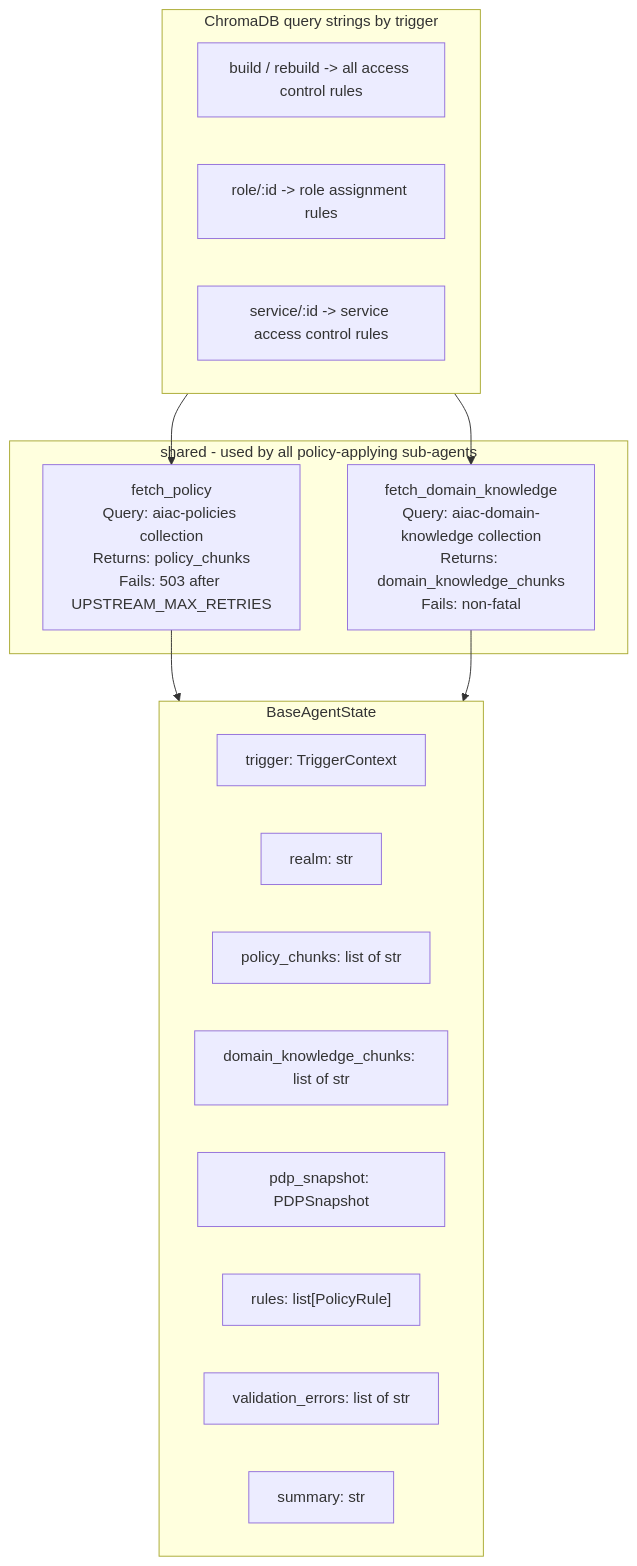
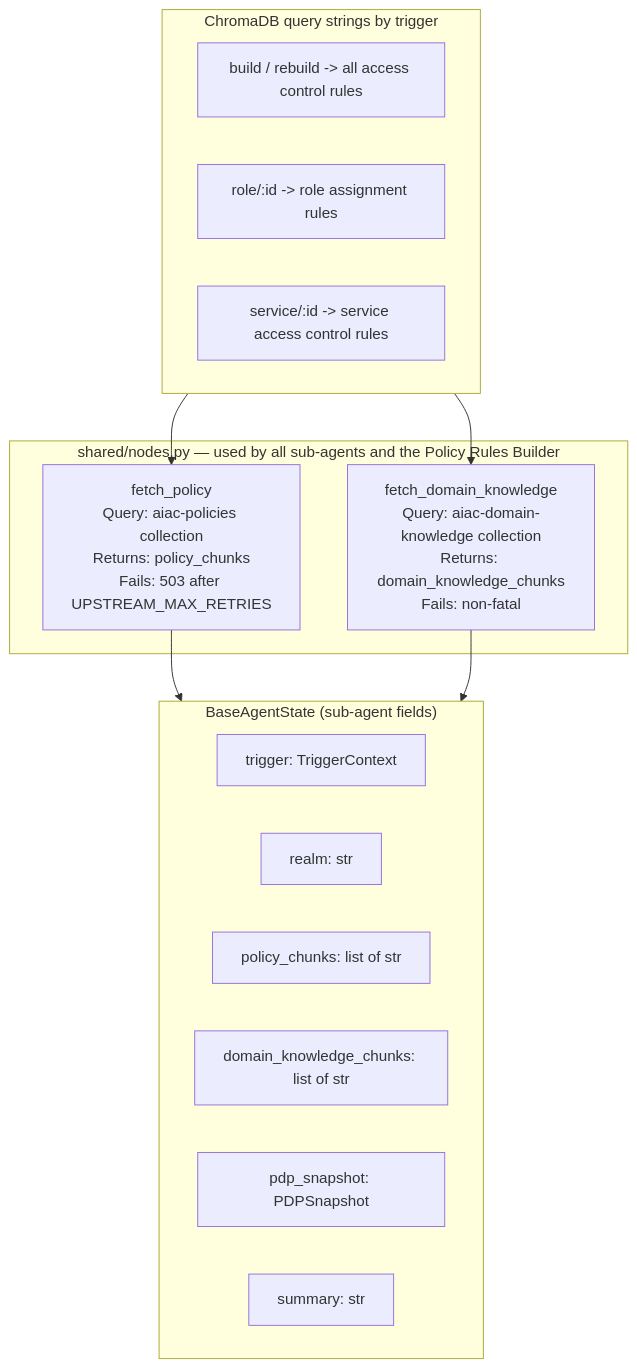
Before and after one commit to rossoctl/aiac: the second of 3 diagrams in inception/requirements/components/aiac-agent.md, drawn with Mermaid. The commit also changed other lines of this file, not shown here.

First line of the commit message:
docs(aiac-agent): align PRD with Policy Rules Builder architecture

````diff
--- a/inception/requirements/components/aiac-agent.md
+++ b/inception/requirements/components/aiac-agent.md
@@ -133,28 +136,26 @@
 ```mermaid
 flowchart TD
-    subgraph SHARED["shared - used by all policy-applying sub-agents"]
+    subgraph SHARED["shared/nodes.py — used by all sub-agents and the Policy Rules Builder"]
         FP["fetch_policy\nQuery: aiac-policies collection\nReturns: policy_chunks\nFails: 503 after UPSTREAM_MAX_RETRIES"]
         FDK["fetch_domain_knowledge\nQuery: aiac-domain-knowledge collection\nReturns: domain_knowledge_chunks\nFails: non-fatal"]
     end
 
-    subgraph STATE["BaseAgentState"]
+    subgraph STATE["BaseAgentState (sub-agent fields)"]
         S1["trigger: TriggerContext"]
         S2["realm: str"]
         S3["policy_chunks: list of str"]
         S4["domain_knowledge_chunks: list of str"]
         S5["pdp_snapshot: PDPSnapshot"]
-        S6["rules: list[PolicyRule]"]
-        S7["validation_errors: list of str"]
         S8["summary: str"]
     end
 
     subgraph QUERY_KEYS["ChromaDB query strings by trigger"]
         Q1["build / rebuild -> all access control rules"]
         Q2["role/:id -> role assignment rules"]
         Q3["service/:id -> service access control rules"]
     end
 
     FP & FDK --> STATE
     QUERY_KEYS --> FP
     QUERY_KEYS --> FDK
 ```
````
